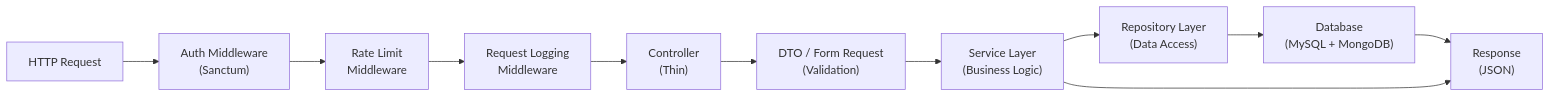
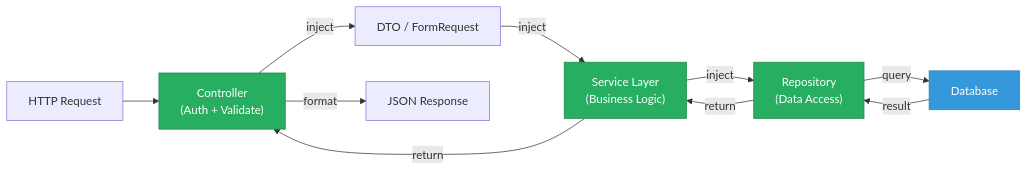
The second of 3 diagrams in docs/discovery/04-backend-modernization.md (shende-shweta/FSDKC), drawn with Mermaid before and after one commit. The commit also changed other lines of this file and 2 other files, not shown here.

````diff
--- a/docs/discovery/04-backend-modernization.md
+++ b/docs/discovery/04-backend-modernization.md
@@ -668,13 +769,16 @@
 ```mermaid
 flowchart LR
-  A["HTTP Request"] --> B["Auth Middleware<br/>(Sanctum)"]
-  B --> C["Rate Limit<br/>Middleware"]
-  C --> D["Request Logging<br/>Middleware"]
-  D --> E["Controller<br/>(Thin)"]
-  E --> F["DTO / Form Request<br/>(Validation)"]
-  F --> G["Service Layer<br/>(Business Logic)"]
-  G --> H["Repository Layer<br/>(Data Access)"]
-  H --> I["Database<br/>(MySQL + MongoDB)"]
-  I --> J["Response<br/>(JSON)"]
-  G --> J
+    A["HTTP Request"] --> B["Controller<br/>(Auth + Validate)"]
+    B -->|inject| C["DTO / FormRequest"]
+    C -->|inject| D["Service Layer<br/>(Business Logic)"]
+    D -->|inject| E["Repository<br/>(Data Access)"]
+    E -->|query| F["Database"]
+    F -->|result| E
+    E -->|return| D
+    D -->|return| B
+    B -->|format| G["JSON Response"]
+    classDef arch fill:#3498db,stroke:#2980b9,color:#fff
+    classDef layer fill:#27ae60,stroke:#1e8449,color:#fff
+    class B,D,E layer
+    class F arch
 ```
````
